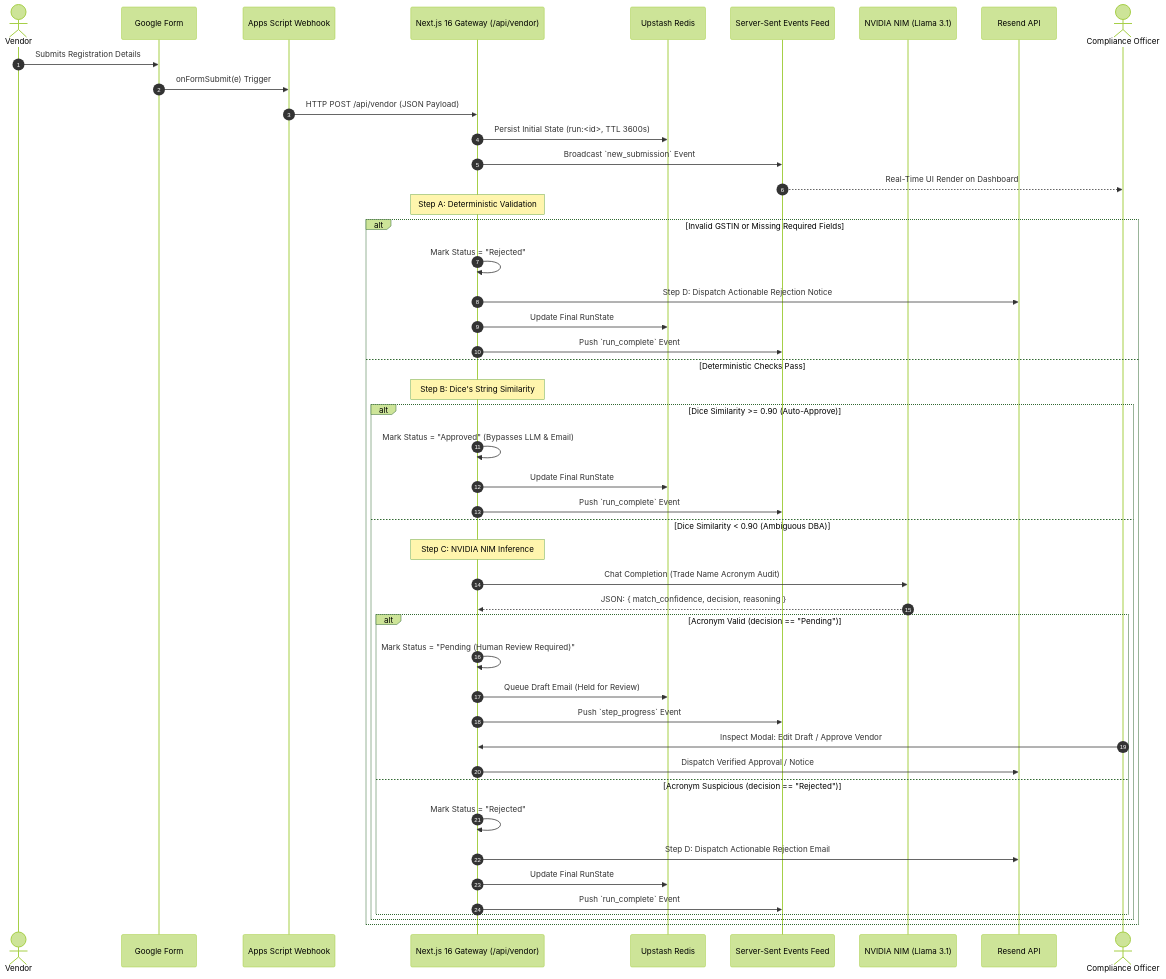
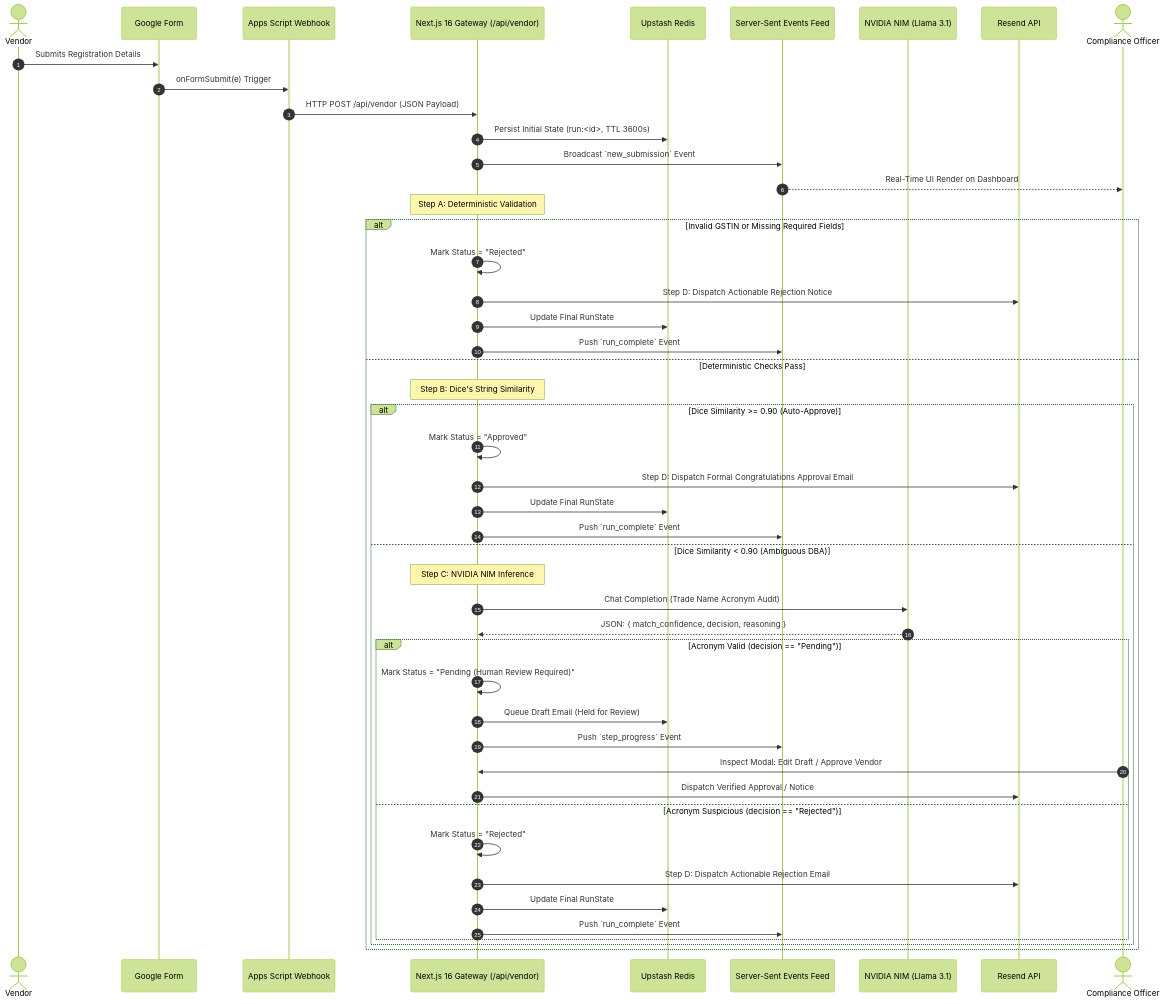
Before and after one commit to KPR-V/zamp-project: the diagram in ARCHITECTURE.md, drawn with Mermaid (forest theme). The commit also changed other lines of this file and 7 other files, not shown here.

Commit message:
feat: dispatch formal congratulations approval email upon automatic and manual approval

````diff
--- a/ARCHITECTURE.md
+++ b/ARCHITECTURE.md
@@ -49,53 +49,54 @@
 ```mermaid
 sequenceDiagram
     autonumber
     actor Vendor
     participant Form as Google Form
     participant Script as Apps Script Webhook
     participant API as Next.js 16 Gateway (/api/vendor)
     participant Redis as Upstash Redis
     participant SSE as Server-Sent Events Feed
     participant NIM as NVIDIA NIM (Llama 3.1)
     participant Resend as Resend API
     actor Reviewer as Compliance Officer
 
     Vendor->>Form: Submits Registration Details
     Form->>Script: onFormSubmit(e) Trigger
     Script->>API: HTTP POST /api/vendor (JSON Payload)
     
     API->>Redis: Persist Initial State (run:<id>, TTL 3600s)
     API->>SSE: Broadcast `new_submission` Event
     SSE-->>Reviewer: Real-Time UI Render on Dashboard
 
     Note over API: Step A: Deterministic Validation
     alt Invalid GSTIN or Missing Required Fields
         API->>API: Mark Status = "Rejected"
         API->>Resend: Step D: Dispatch Actionable Rejection Notice
         API->>Redis: Update Final RunState
         API->>SSE: Push `run_complete` Event
     else Deterministic Checks Pass
         Note over API: Step B: Dice's String Similarity
         alt Dice Similarity >= 0.90 (Auto-Approve)
-            API->>API: Mark Status = "Approved" (Bypasses LLM & Email)
+            API->>API: Mark Status = "Approved"
+            API->>Resend: Step D: Dispatch Formal Congratulations Approval Email
             API->>Redis: Update Final RunState
             API->>SSE: Push `run_complete` Event
         else Dice Similarity < 0.90 (Ambiguous DBA)
             Note over API: Step C: NVIDIA NIM Inference
             API->>NIM: Chat Completion (Trade Name Acronym Audit)
             NIM-->>API: JSON: { match_confidence, decision, reasoning }
             
             alt Acronym Valid (decision == "Pending")
                 API->>API: Mark Status = "Pending (Human Review Required)"
                 API->>Redis: Queue Draft Email (Held for Review)
                 API->>SSE: Push `step_progress` Event
                 Reviewer->>API: Inspect Modal: Edit Draft / Approve Vendor
                 API->>Resend: Dispatch Verified Approval / Notice
             else Acronym Suspicious (decision == "Rejected")
                 API->>API: Mark Status = "Rejected"
                 API->>Resend: Step D: Dispatch Actionable Rejection Email
                 API->>Redis: Update Final RunState
                 API->>SSE: Push `run_complete` Event
             end
         end
     end
 ```
````
